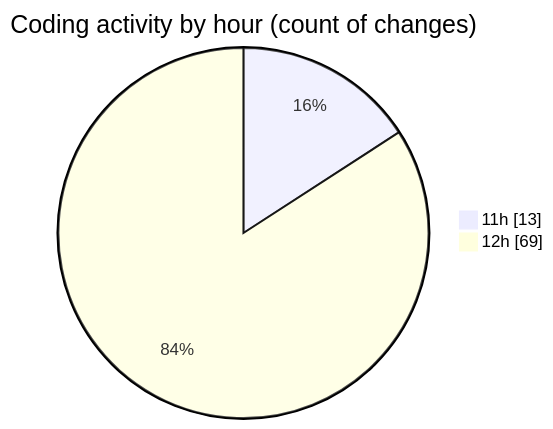
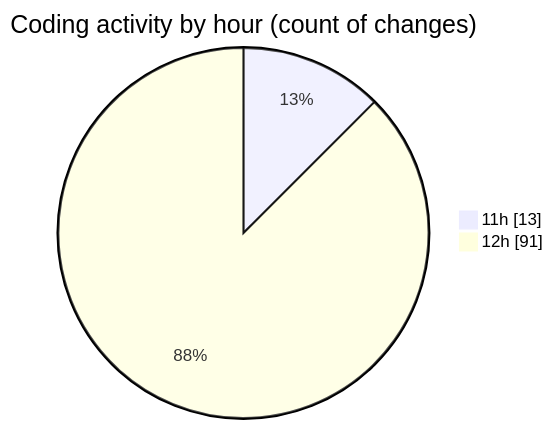
One commit to nxtqubesakshisongat/code-tracking changed the second of 2 diagrams in 2026-06-17/nxtqube_webapp/README.md. Above: the diagram before and after it, drawn with Mermaid. The commit also changed other lines of this file and 1 other file, not shown here.

````diff
--- a/2026-06-17/nxtqube_webapp/README.md
+++ b/2026-06-17/nxtqube_webapp/README.md
@@ -40,6 +41,6 @@
 ```mermaid
 pie showData
 title Coding activity by hour (count of changes)
 "11h" : 13
-"12h" : 69
+"12h" : 91
 ```
````
